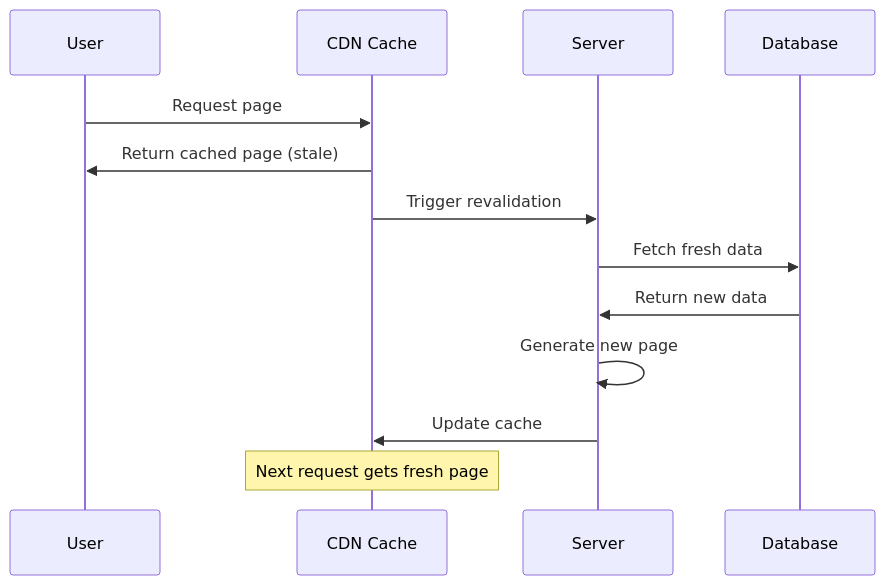
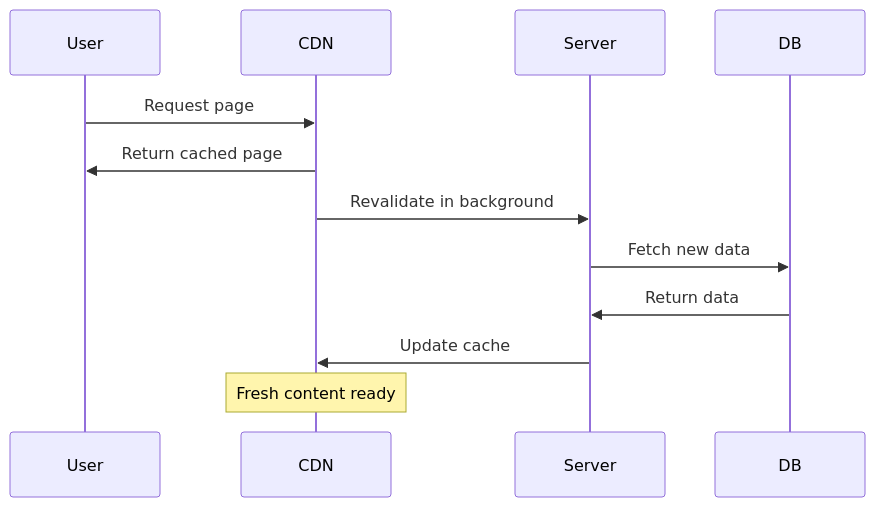
One commit to khieu-dv/vievlog changed the third of 4 diagrams in src/content/soft-skills/nextjs/bai-8.mdx. Above: the diagram before and after it, drawn with Mermaid. The commit also changed other lines of this file and 1 other file, not shown here.

````diff
--- a/src/content/soft-skills/nextjs/bai-8.mdx
+++ b/src/content/soft-skills/nextjs/bai-8.mdx
@@ -193,17 +193,16 @@
 ```mermaid
 sequenceDiagram
-    participant U as User
-    participant C as CDN Cache
-    participant S as Server
-    participant D as Database
+    participant User
+    participant CDN
+    participant Server
+    participant DB
     
-    U->>C: Request page
-    C->>U: Return cached page (stale)
-    C->>S: Trigger revalidation
-    S->>D: Fetch fresh data
-    D->>S: Return new data
-    S->>S: Generate new page
-    S->>C: Update cache
+    User->>CDN: Request page
+    CDN->>User: Return cached page
+    CDN->>Server: Revalidate in background
+    Server->>DB: Fetch new data
+    DB->>Server: Return data
+    Server->>CDN: Update cache
     
-    Note over C: Next request gets fresh page
+    Note over CDN: Fresh content ready
 ```
````
